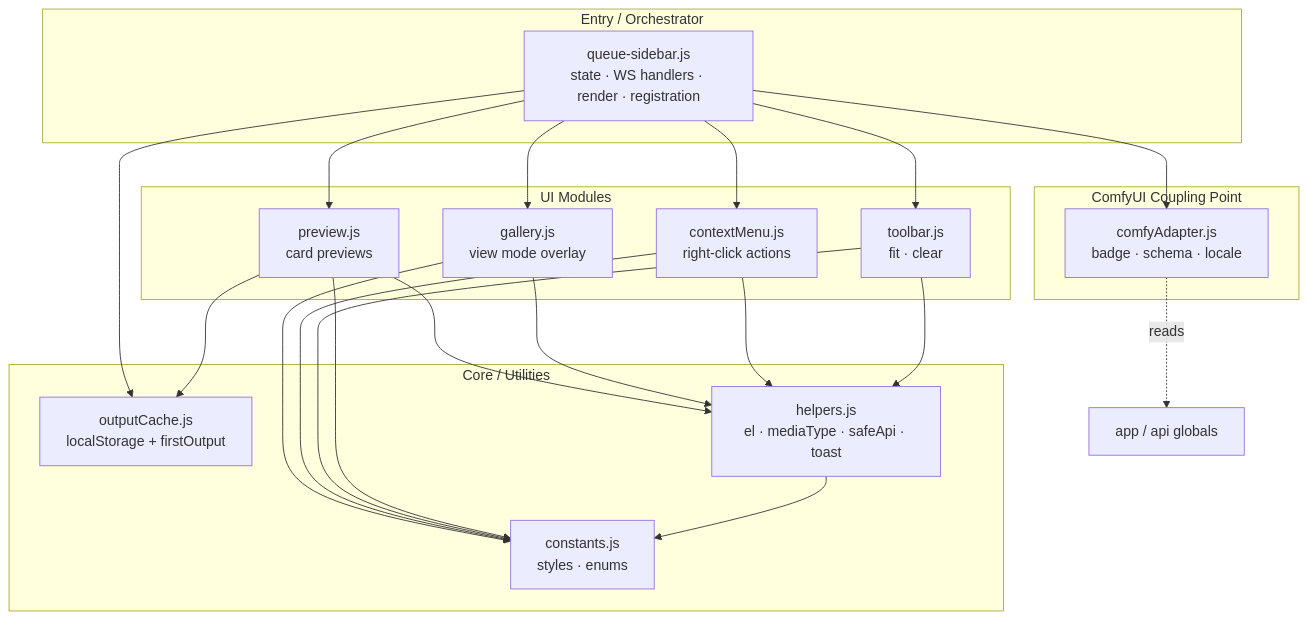
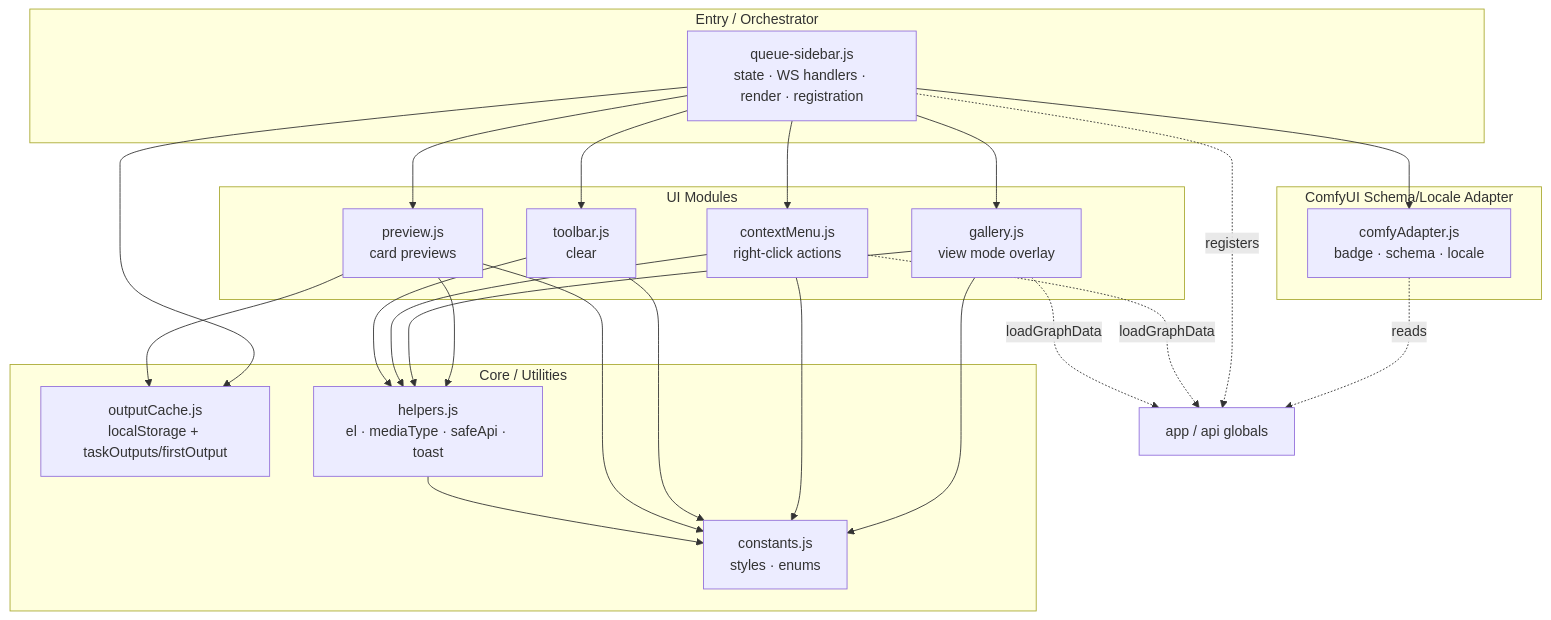
One commit to Zhen-Bo/comfyui_queue_sidebar changed the second of 5 diagrams in docs/ARCHITECTURE.md. Above: the diagram before and after it, drawn with Mermaid. The commit also changed other lines of this file and 5 other files, not shown here.

First line of the commit message:
docs: sync the docs with the reworked toolbar, previews and output cache

````diff
--- a/docs/ARCHITECTURE.md
+++ b/docs/ARCHITECTURE.md
@@ -47,41 +49,44 @@
 ```mermaid
 flowchart TB
     subgraph entry[Entry / Orchestrator]
         main[queue-sidebar.js<br/>state · WS handlers · render · registration]
     end
 
-    subgraph coupling[ComfyUI Coupling Point]
+    subgraph coupling[ComfyUI Schema/Locale Adapter]
         adapter[comfyAdapter.js<br/>badge · schema · locale]
     end
 
     subgraph uimod[UI Modules]
         preview[preview.js<br/>card previews]
         gallery[gallery.js<br/>view mode overlay]
         ctx[contextMenu.js<br/>right-click actions]
-        toolbar[toolbar.js<br/>fit · clear]
+        toolbar[toolbar.js<br/>clear]
     end
 
     subgraph core[Core / Utilities]
-        cache[outputCache.js<br/>localStorage + firstOutput]
+        cache[outputCache.js<br/>localStorage + taskOutputs/firstOutput]
         helpers[helpers.js<br/>el · mediaType · safeApi · toast]
         constants[constants.js<br/>styles · enums]
     end
 
     main --> adapter
     main --> preview
     main --> gallery
     main --> ctx
     main --> toolbar
     main --> cache
     preview --> cache
     preview --> helpers
     gallery --> helpers
     gallery --> constants
     ctx --> helpers
     ctx --> constants
     toolbar --> helpers
     toolbar --> constants
     preview --> constants
     adapter -.reads.-> comfyglobals[app / api globals]
+    main -.registers.-> comfyglobals
+    ctx -.loadGraphData.-> comfyglobals
+    gallery -.loadGraphData.-> comfyglobals
     helpers --> constants
 ```
````
